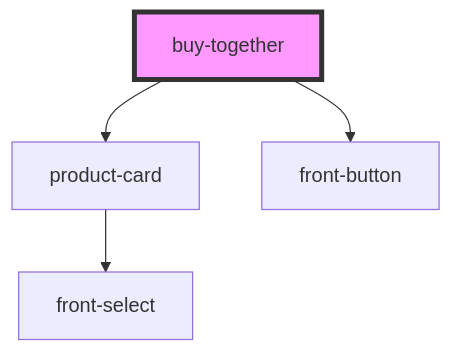
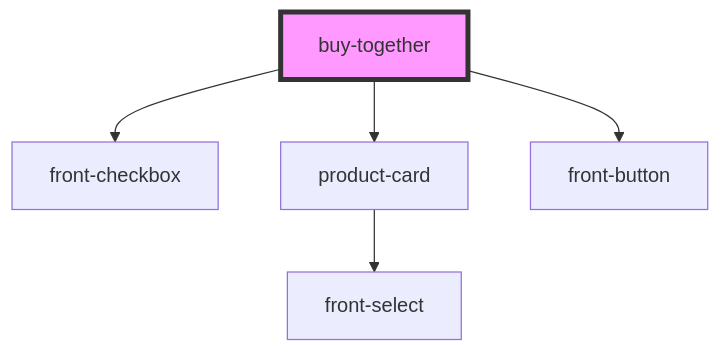
One commit to commerce-suite/storefront-components changed the diagram in src/components/buy-together/readme.md. Above: the diagram before and after it, drawn with Mermaid. The commit also changed other lines of this file and 5 other files, not shown here.

Commit message:
feat(buy-together): inclusao dos checkbox para order bump

````diff
--- a/src/components/buy-together/readme.md
+++ b/src/components/buy-together/readme.md
@@ -16,7 +17,8 @@
 ```mermaid
 graph TD;
+  buy-together --> front-checkbox
   buy-together --> product-card
   buy-together --> front-button
   product-card --> front-select
   style buy-together fill:#f9f,stroke:#333,stroke-width:4px
 ```
````
